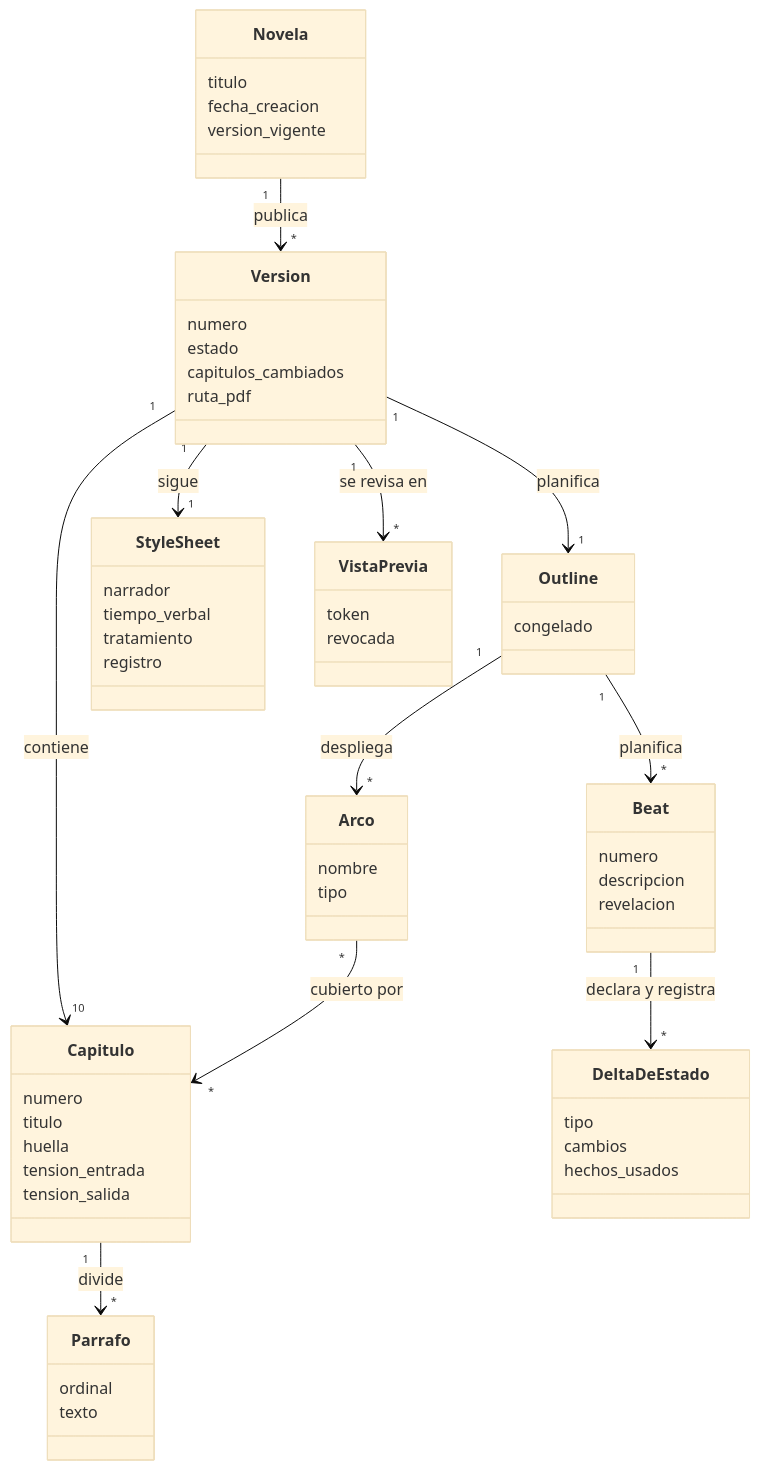
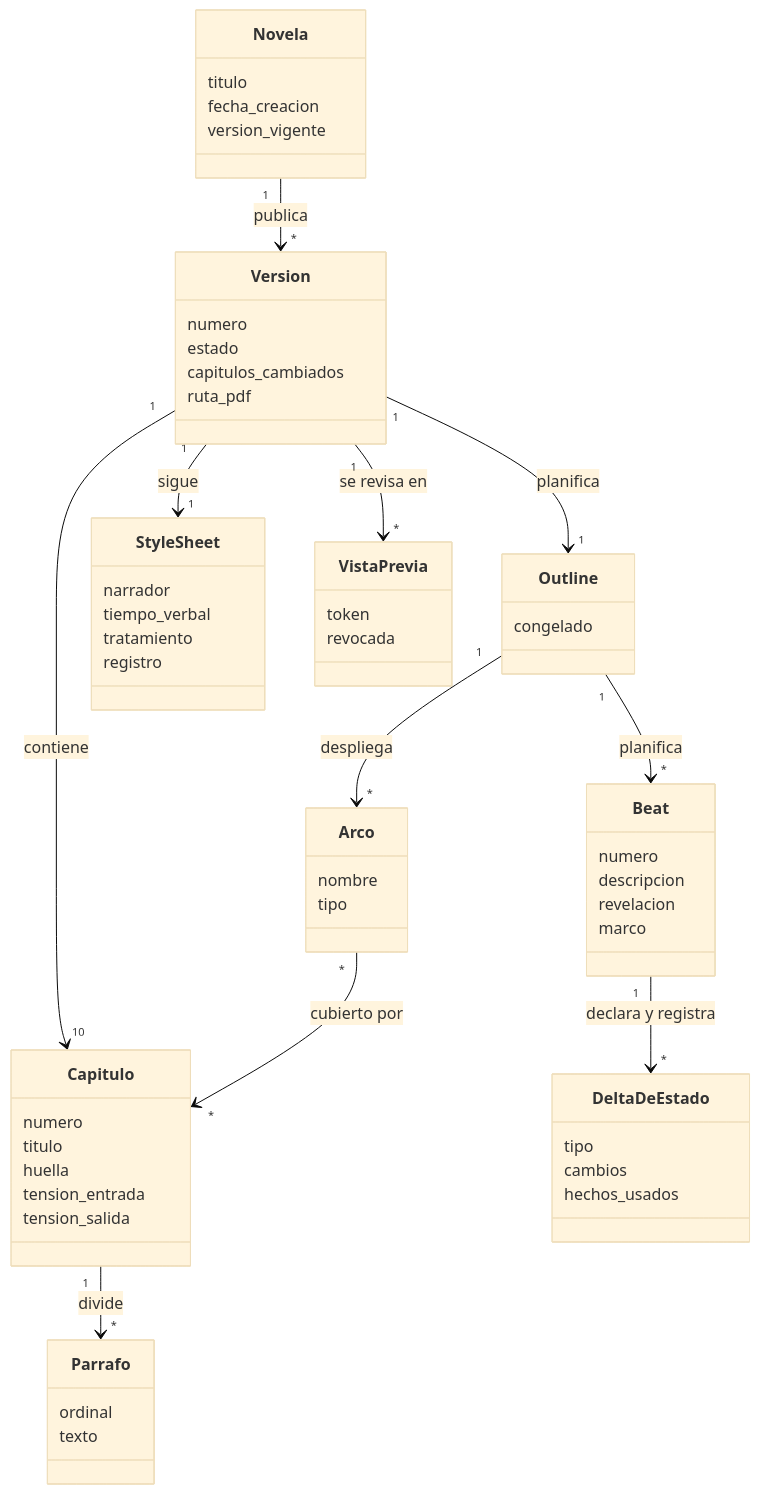
The third of 5 diagrams in docs/definitions.md (JNico-rb/story-maker), drawn with Mermaid (base theme) before and after one commit. The commit also changed other lines of this file and 15 other files, not shown here.

````diff
--- a/docs/definitions.md
+++ b/docs/definitions.md
@@ -503,63 +523,64 @@
 ```mermaid
 classDiagram
     class Novela {
         titulo
         fecha_creacion
         version_vigente
     }
     class Version {
         numero
         estado
         capitulos_cambiados
         ruta_pdf
     }
     class Capitulo {
         numero
         titulo
         huella
         tension_entrada
         tension_salida
     }
     class Parrafo {
         ordinal
         texto
     }
     class Outline {
         congelado
     }
     class Beat {
         numero
         descripcion
         revelacion
+        marco
     }
     class DeltaDeEstado {
         tipo
         cambios
         hechos_usados
     }
     class Arco {
         nombre
         tipo
     }
     class StyleSheet {
         narrador
         tiempo_verbal
         tratamiento
         registro
     }
     class VistaPrevia {
         token
         revocada
     }
 
     Novela "1" --> "*" Version : publica
     Version "1" --> "10" Capitulo : contiene
     Capitulo "1" --> "*" Parrafo : divide
     Version "1" --> "1" Outline : planifica
     Outline "1" --> "*" Beat : planifica
     Beat "1" --> "*" DeltaDeEstado : declara y registra
     Outline "1" --> "*" Arco : despliega
     Arco "*" --> "*" Capitulo : cubierto por
     Version "1" --> "1" StyleSheet : sigue
     Version "1" --> "*" VistaPrevia : se revisa en
 ```
````
